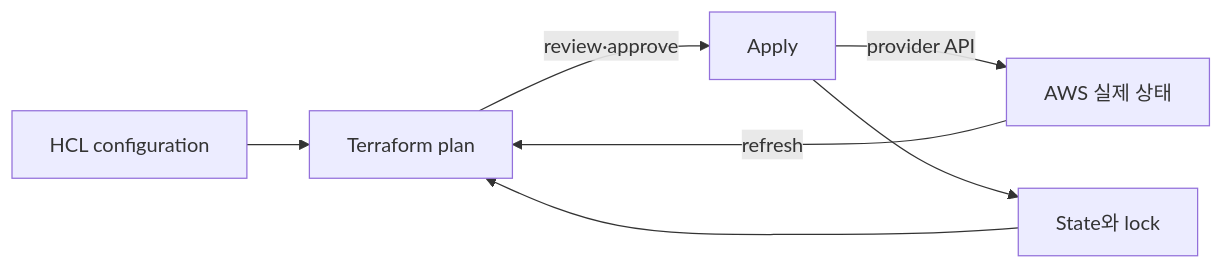
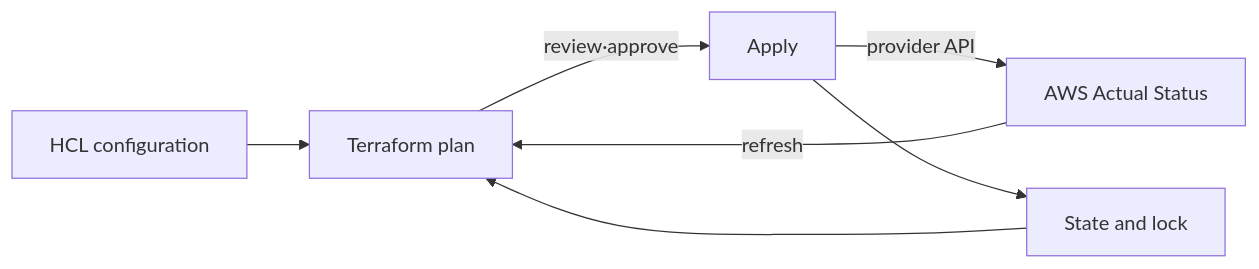
The diagram in docs-site/content/terraform-aws/00-roadmap.md (nohdol97/nohdol-study), drawn with Mermaid before and after one commit. The commit also changed other lines of this file and 116 other files, not shown here.

````diff
--- a/docs-site/content/terraform-aws/00-roadmap.md
+++ b/docs-site/content/terraform-aws/00-roadmap.md
@@ -24,9 +24,9 @@
 ```mermaid
 flowchart LR
     C[HCL configuration] --> P[Terraform plan]
-    S[State와 lock] --> P
-    A[AWS 실제 상태] -->|refresh| P
+    S[State and lock] --> P
+    A[AWS Actual Status] -->|refresh| P
     P -->|review·approve| X[Apply]
     X -->|provider API| A
     X --> S
 ```
````
